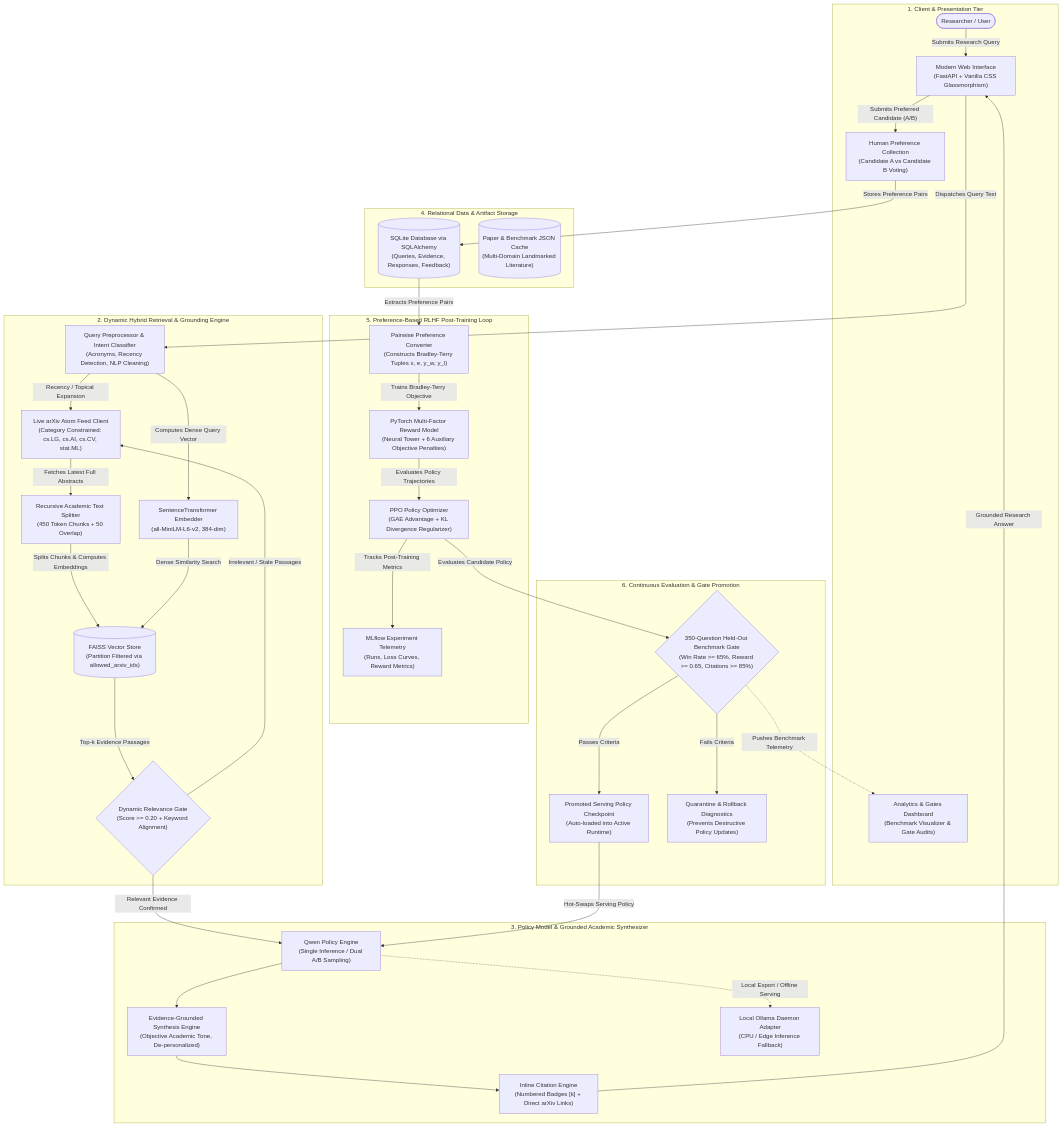
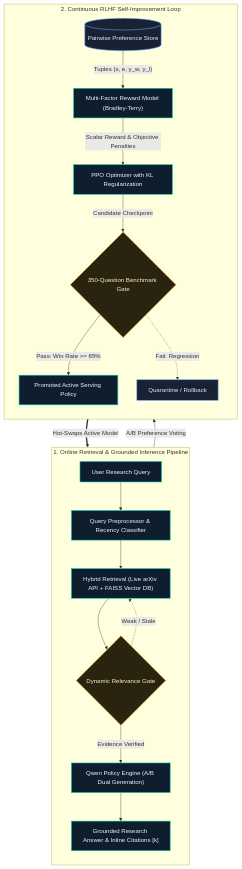
Before and after one commit to Sujato-Dutta/Self-Improving-Research-Assistant-with-RLHF: the diagram in README.md, drawn with Mermaid. The commit also changed other lines of this file, not shown here.

Commit message:
Final update

````diff
--- a/README.md
+++ b/README.md
@@ -15,74 +15,32 @@
 ```mermaid
-graph TB
-    subgraph ClientLayer ["1. Client & Presentation Tier"]
-        User(["Researcher / User"])
-        WebUI["Modern Web Interface<br/>(FastAPI + Vanilla CSS Glassmorphism)"]
-        FeedbackModal["Human Preference Collection<br/>(Candidate A vs Candidate B Voting)"]
-        AnalyticsGateModal["Analytics & Gates Dashboard<br/>(Benchmark Visualizer & Gate Audits)"]
+flowchart TD
+    subgraph Online ["1. Online Retrieval & Grounded Inference Pipeline"]
+        direction TB
+        Q["User Research Query"] --> PRE["Query Preprocessor & Recency Classifier"]
+        PRE --> RET["Hybrid Retrieval (Live arXiv API + FAISS Vector DB)"]
+        RET --> GATE{"Dynamic Relevance Gate"}
+        GATE -->|"Evidence Verified"| POL["Qwen Policy Engine (A/B Dual Generation)"]
+        GATE -.->|"Weak / Stale"| RET
+        POL --> SYN["Grounded Research Answer & Inline Citations [k]"]
     end
 
-    subgraph RetrievalEngine ["2. Dynamic Hybrid Retrieval & Grounding Engine"]
-        QueryProc["Query Preprocessor & Intent Classifier<br/>(Acronyms, Recency Detection, NLP Cleaning)"]
-        ArxivAPI["Live arXiv Atom Feed Client<br/>(Category Constrained: cs.LG, cs.AI, cs.CV, stat.ML)"]
-        Embedder["SentenceTransformer Embedder<br/>(all-MiniLM-L6-v2, 384-dim)"]
-        VectorDB[("FAISS Vector Store<br/>(Partition Filtered via allowed_arxiv_ids)")]
-        SemanticGate{"Dynamic Relevance Gate<br/>(Score >= 0.20 + Keyword Alignment)"}
-        TextSplitter["Recursive Academic Text Splitter<br/>(450 Token Chunks + 50 Overlap)"]
+    subgraph RLHF ["2. Continuous RLHF Self-Improvement Loop"]
+        direction TB
+        SYN -->|"A/B Preference Voting"| PREF[("Pairwise Preference Store")]
+        PREF -->|"Tuples (x, e, y_w, y_l)"| RM["Multi-Factor Reward Model (Bradley-Terry)"]
+        RM -->|"Scalar Reward & Objective Penalties"| PPO["PPO Optimizer with KL Regularization"]
+        PPO -->|"Candidate Checkpoint"| BENCH{"350-Question Benchmark Gate"}
+        BENCH -->|"Pass: Win Rate >= 65%"| PROM["Promoted Active Serving Policy"]
+        BENCH -.->|"Fail: Regression"| QUAR["Quarantine / Rollback"]
     end
 
-    subgraph GenerationLayer ["3. Policy Model & Grounded Academic Synthesizer"]
-        PolicyGen["Qwen Policy Engine<br/>(Single Inference / Dual A/B Sampling)"]
-        Synthesizer["Evidence-Grounded Synthesis Engine<br/>(Objective Academic Tone, De-personalized)"]
-        CitationMapper["Inline Citation Engine<br/>(Numbered Badges [k] + Direct arXiv Links)"]
-        OllamaAdapter["Local Ollama Daemon Adapter<br/>(CPU / Edge Inference Fallback)"]
-    end
+    PROM ==>|"Hot-Swaps Active Model"| POL
 
-    subgraph PersistenceLayer ["4. Relational Data & Artifact Storage"]
-        DB[("SQLite Database via SQLAlchemy<br/>(Queries, Evidence, Responses, Feedback)")]
-        DocCache[("Paper & Benchmark JSON Cache<br/>(Multi-Domain Landmarked Literature)")]
-    end
+    classDef stage fill:#0f1e2e,stroke:#00d2b4,stroke-width:1.5px,color:#f1f5f9;
+    classDef gate fill:#2a2310,stroke:#f5a623,stroke-width:1.5px,color:#fef3c7;
+    classDef store fill:#182232,stroke:#60a5fa,stroke-width:1.5px,color:#e0f2fe;
 
-    subgraph RLHFLoop ["5. Preference-Based RLHF Post-Training Loop"]
-        PrefConverter["Pairwise Preference Converter<br/>(Constructs Bradley-Terry Tuples x, e, y_w, y_l)"]
-        RewardModel["PyTorch Multi-Factor Reward Model<br/>(Neural Tower + 6 Auxiliary Objective Penalties)"]
-        PPOTrainer["PPO Policy Optimizer<br/>(GAE Advantage + KL Divergence Regularizer)"]
-        MLflowTracker["MLflow Experiment Telemetry<br/>(Runs, Loss Curves, Reward Metrics)"]
-    end
-
-    subgraph EvaluationLifecycle ["6. Continuous Evaluation & Gate Promotion"]
-        EvalGate{"350-Question Held-Out Benchmark Gate<br/>(Win Rate >= 65%, Reward >= 0.65, Citations >= 85%)"}
-        ActiveCheckpoint["Promoted Serving Policy Checkpoint<br/>(Auto-loaded into Active Runtime)"]
-        Quarantine["Quarantine & Rollback Diagnostics<br/>(Prevents Destructive Policy Updates)"]
-    end
-
-    %% Flow connections
-    User -->|"Submits Research Query"| WebUI
-    WebUI -->|"Dispatches Query Text"| QueryProc
-    QueryProc -->|"Recency / Topical Expansion"| ArxivAPI
-    QueryProc -->|"Computes Dense Query Vector"| Embedder
-    ArxivAPI -->|"Fetches Latest Full Abstracts"| TextSplitter
-    TextSplitter -->|"Splits Chunks & Computes Embeddings"| VectorDB
-    Embedder -->|"Dense Similarity Search"| VectorDB
-    VectorDB -->|"Top-k Evidence Passages"| SemanticGate
-
-    SemanticGate -->|"Relevant Evidence Confirmed"| PolicyGen
-    SemanticGate -->|"Irrelevant / Stale Passages"| ArxivAPI
-
-    PolicyGen --> Synthesizer
-    Synthesizer --> CitationMapper
-    CitationMapper -->|"Grounded Research Answer"| WebUI
-    PolicyGen -.->|"Local Export / Offline Serving"| OllamaAdapter
-
-    WebUI -->|"Submits Preferred Candidate (A/B)"| FeedbackModal
-    FeedbackModal -->|"Stores Preference Pairs"| DB
-    DB -->|"Extracts Preference Pairs"| PrefConverter
-    PrefConverter -->|"Trains Bradley-Terry Objective"| RewardModel
-    RewardModel -->|"Evaluates Policy Trajectories"| PPOTrainer
-    PPOTrainer -->|"Tracks Post-Training Metrics"| MLflowTracker
-    PPOTrainer -->|"Evaluates Candidate Policy"| EvalGate
-
-    EvalGate -->|"Passes Criteria"| ActiveCheckpoint
-    EvalGate -->|"Fails Criteria"| Quarantine
-    ActiveCheckpoint -->|"Hot-Swaps Serving Policy"| PolicyGen
-    EvalGate -.->|"Pushes Benchmark Telemetry"| AnalyticsGateModal
+    class Q,PRE,RET,POL,SYN,RM,PPO,PROM stage;
+    class GATE,BENCH gate;
+    class PREF,QUAR store;
 ```
````
